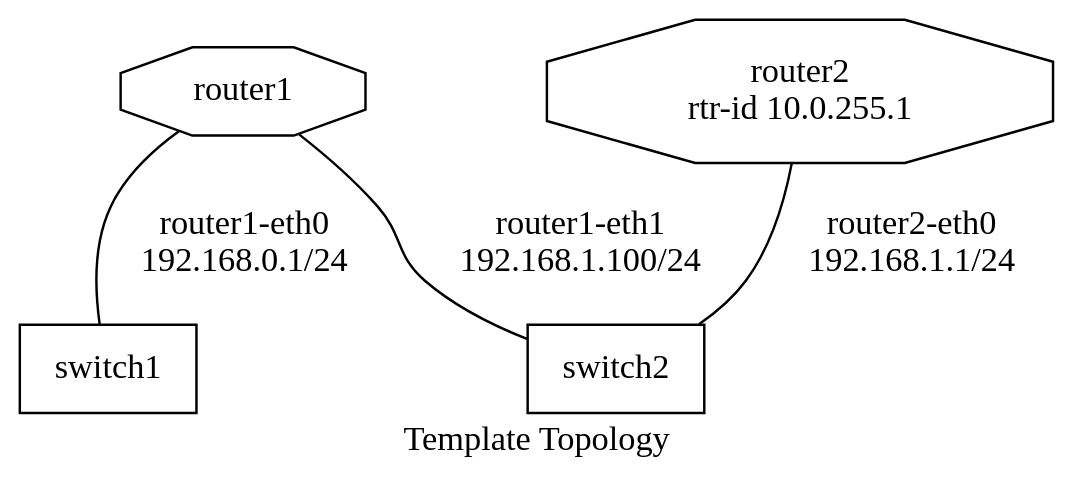
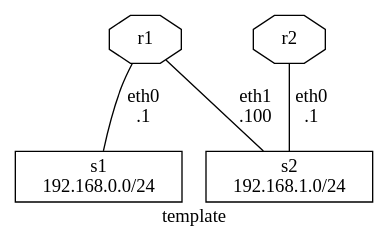
Before and after one commit to FRRouting/topotests: the diagram in GUIDELINES.md, drawn with Graphviz. The commit also changed 4 other files, not shown here.

````diff
--- a/GUIDELINES.md
+++ b/GUIDELINES.md
@@ -115,31 +115,31 @@
 ```dot
-graph ospf_topo1 {
-	label="Template Topology";
-
-	# Make the Graph fit a A4 paper sheet
-	# 11inches x 8inches -> ~297mm x ~210mm
-	size="11,8!";
-	# Uncomment this one for vertical A4 paper sheet
-	#size="8,11!";
+graph template {
+	label="template";
 
 	# Routers
-	router1 [
+	r1 [
 		shape=octagon,
-		label="router1",
+		label="r1",
 	];
-	router2 [
+	r2 [
 		shape=octagon
-		label="router2\nrtr-id 10.0.255.1",
+		label="r2",
 	];
 
 	# Switches
-	switch1 [shape=box];
-	switch2 [shape=box];
+	s1 [
+		shape=box,
+		label="s1\n192.168.0.0/24",
+	];
+	s2 [
+		shape=box,
+		label="s2\n192.168.1.0/24",
+	];
 
 	# Connections
-	router1 -- switch1 [label="router1-eth0\n192.168.0.1/24"];
+	r1 -- s1 [label="eth0\n.1"];
 
-	router1 -- switch2 [label="router1-eth1\n192.168.1.100/24"];
-	router2 -- switch2 [label="router2-eth0\n192.168.1.1/24"];
+	r1 -- s2 [label="eth1\n.100"];
+	r2 -- s2 [label="eth0\n.1"];
 }
 ```
````
